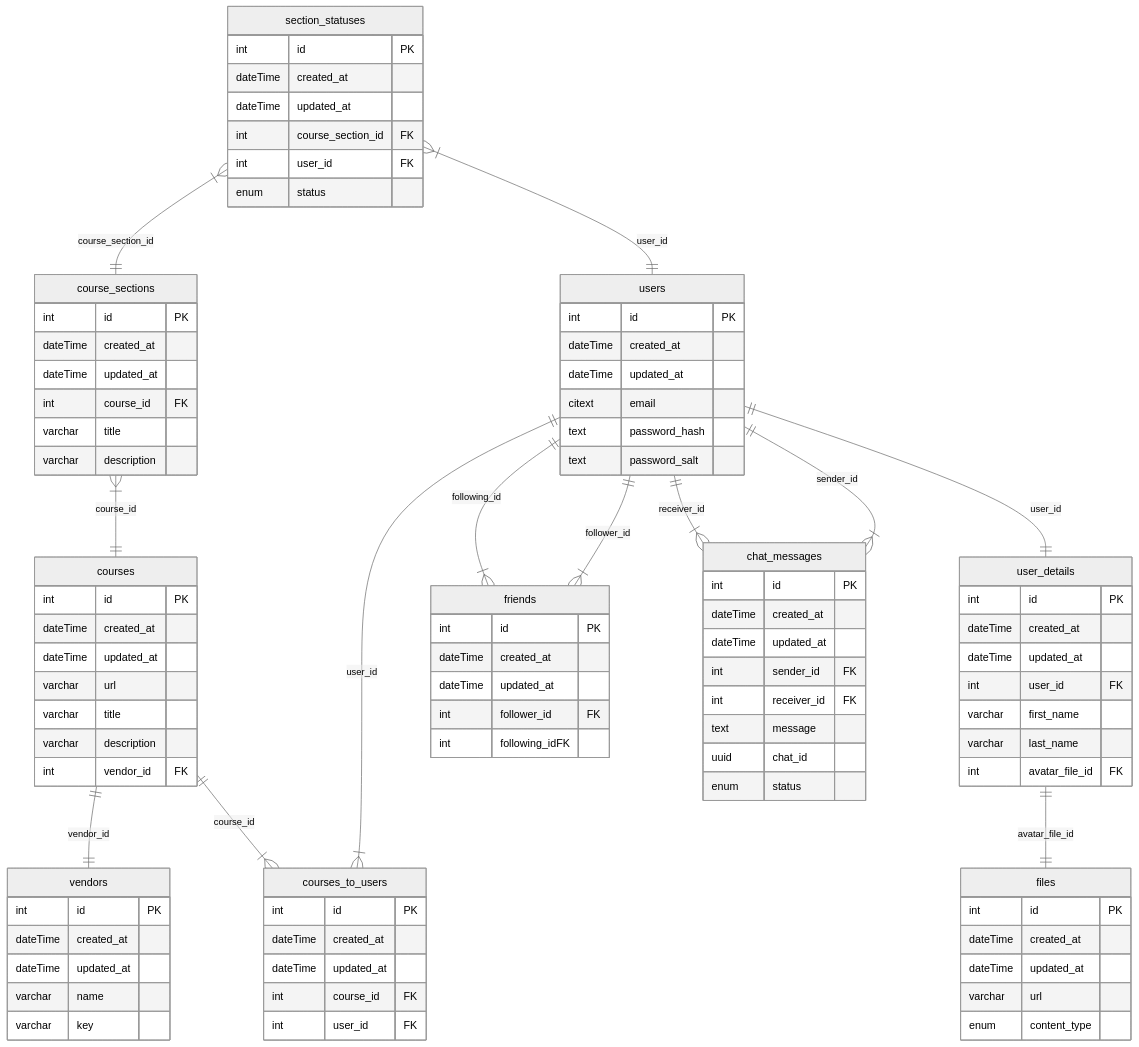
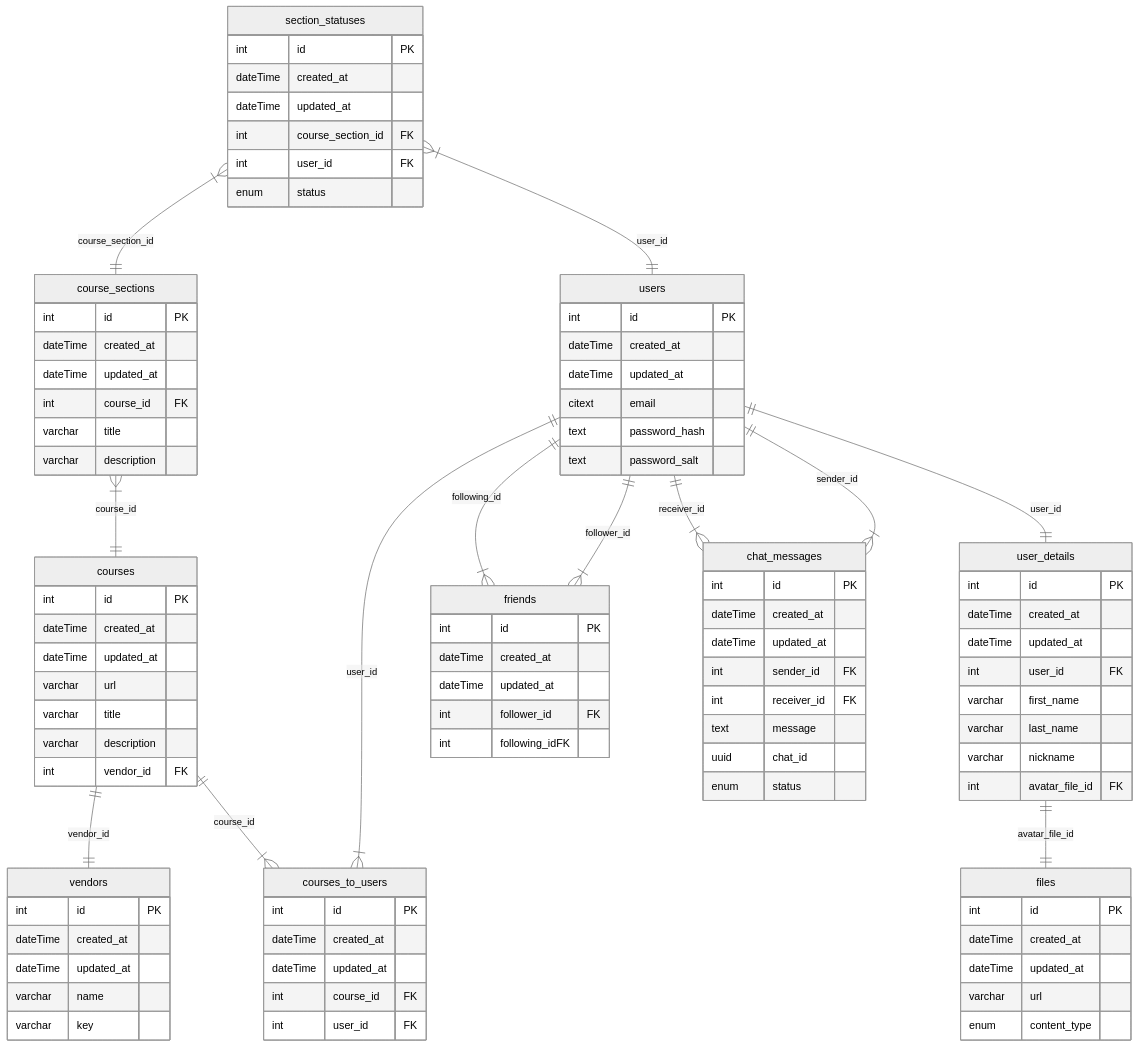
The diagram in readme.md (BinaryStudioAcademy/bsa-winter-2023-2024-trackmates), drawn with Mermaid (neutral theme) before and after one commit.

Commit message:
chore: change db schema in readme tm-183

```diff
--- a/readme.md
+++ b/readme.md
@@ -41,6 +41,7 @@
     int user_id FK
     varchar first_name
     varchar last_name
+    varchar nickname
     int avatar_file_id FK
    }
 
```
